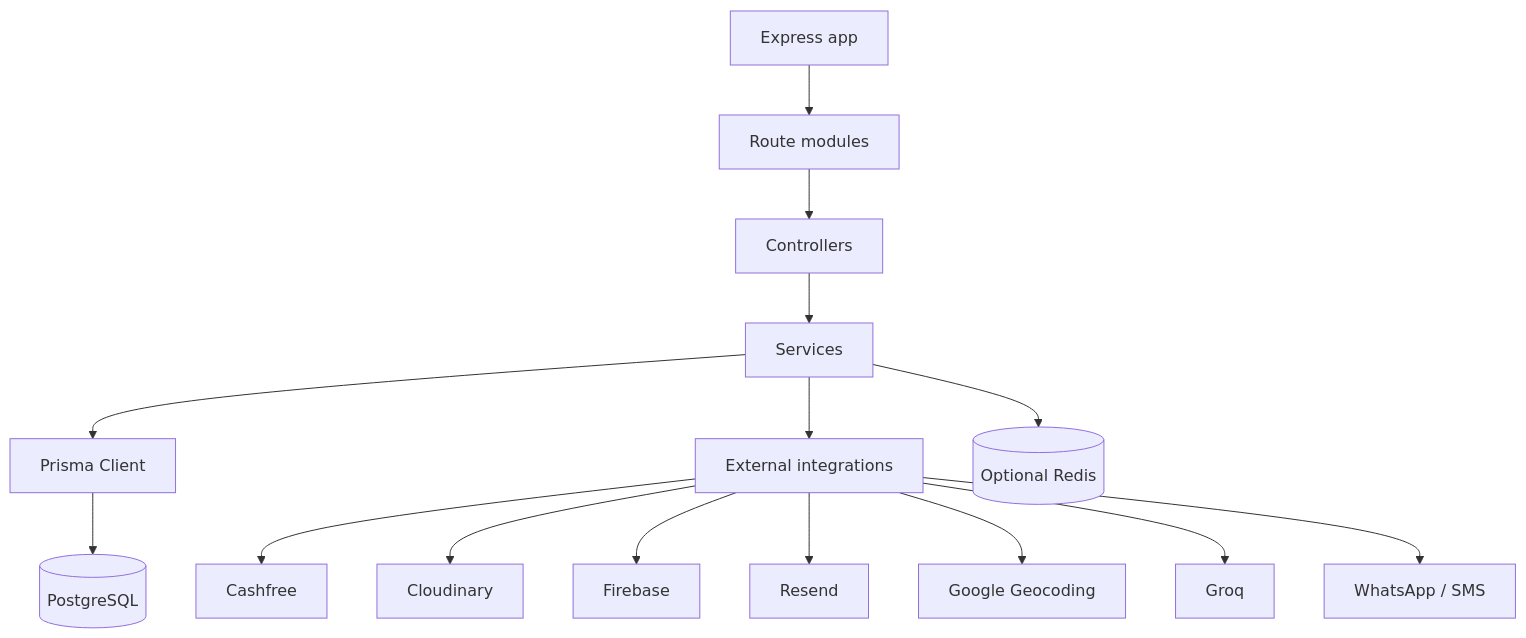
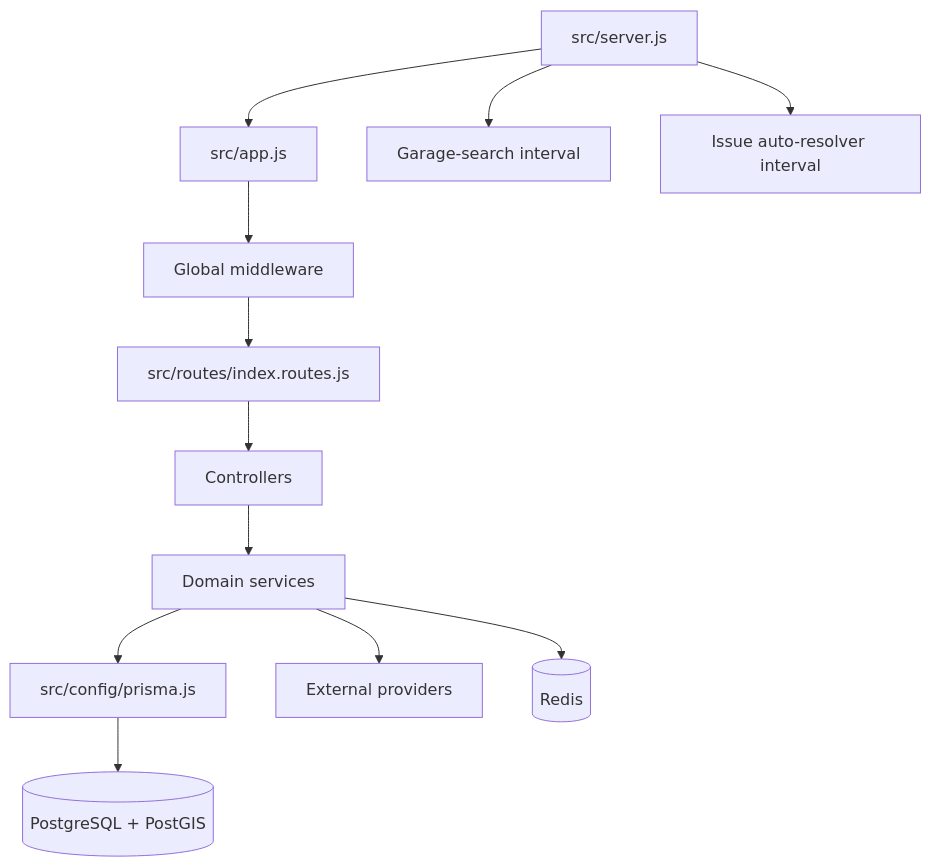
Before and after one commit to Aayush20253534/Garage-startup: the diagram in server/README.md, drawn with Mermaid. The commit also changed other lines of this file and 3 other files, not shown here.

````diff
--- a/server/README.md
+++ b/server/README.md
@@ -26,18 +27,14 @@
 ```mermaid
 flowchart TD
-    E[Express app] --> R[Route modules]
-    R --> C[Controllers]
-    C --> S[Services]
-    S --> P[Prisma Client]
-    P --> PG[(PostgreSQL)]
-
-    S --> I[External integrations]
-    I --> CF[Cashfree]
-    I --> CL[Cloudinary]
-    I --> FB[Firebase]
-    I --> RS[Resend]
-    I --> GM[Google Geocoding]
-    I --> GQ[Groq]
-    I --> WA[WhatsApp / SMS]
-    S --> RD[(Optional Redis)]
+    App[src/app.js] --> Middleware[Global middleware]
+    Middleware --> Router[src/routes/index.routes.js]
+    Router --> Controllers[Controllers]
+    Controllers --> Services[Domain services]
+    Services --> Prisma[src/config/prisma.js]
+    Prisma --> DB[("PostgreSQL + PostGIS")]
+    Services --> Providers[External providers]
+    Services --> Cache[(Redis)]
+    Server[src/server.js] --> App
+    Server --> GarageWorker[Garage-search interval]
+    Server --> IssueWorker[Issue auto-resolver interval]
 ```
````
